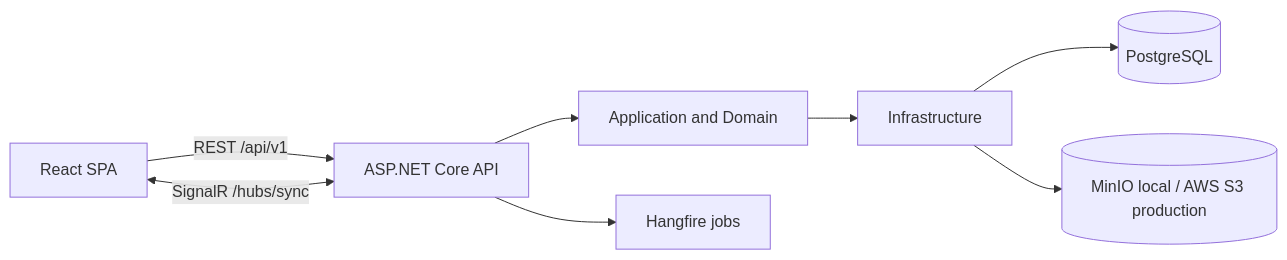
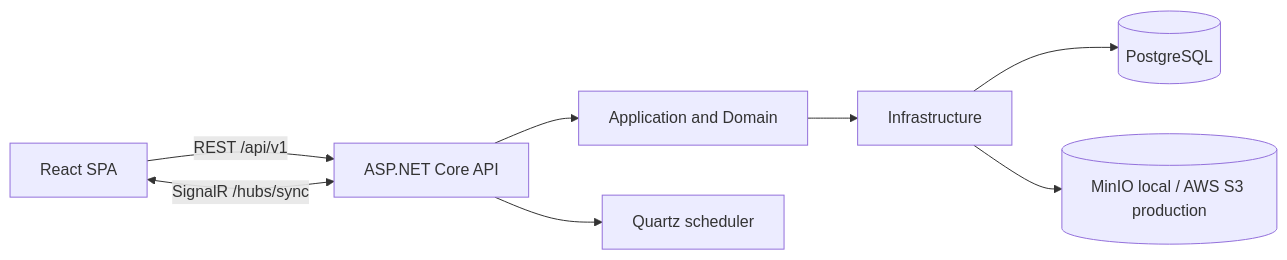
The diagram in README.md (imHoangAnh/FluentA), drawn with Mermaid before and after one commit. The commit also changed other lines of this file and 64 other files, not shown here.

````diff
--- a/README.md
+++ b/README.md
@@ -39,10 +39,10 @@
 ```mermaid
 flowchart LR
     UI["React SPA"] -->|"REST /api/v1"| API["ASP.NET Core API"]
     UI <-->|"SignalR /hubs/sync"| API
     API --> APP["Application and Domain"]
     APP --> INFRA["Infrastructure"]
     INFRA --> PG[("PostgreSQL")]
     INFRA --> OBJECTS[("MinIO local / AWS S3 production")]
-    API --> JOBS["Hangfire jobs"]
+    API --> JOBS["Quartz scheduler"]
 ```
````
